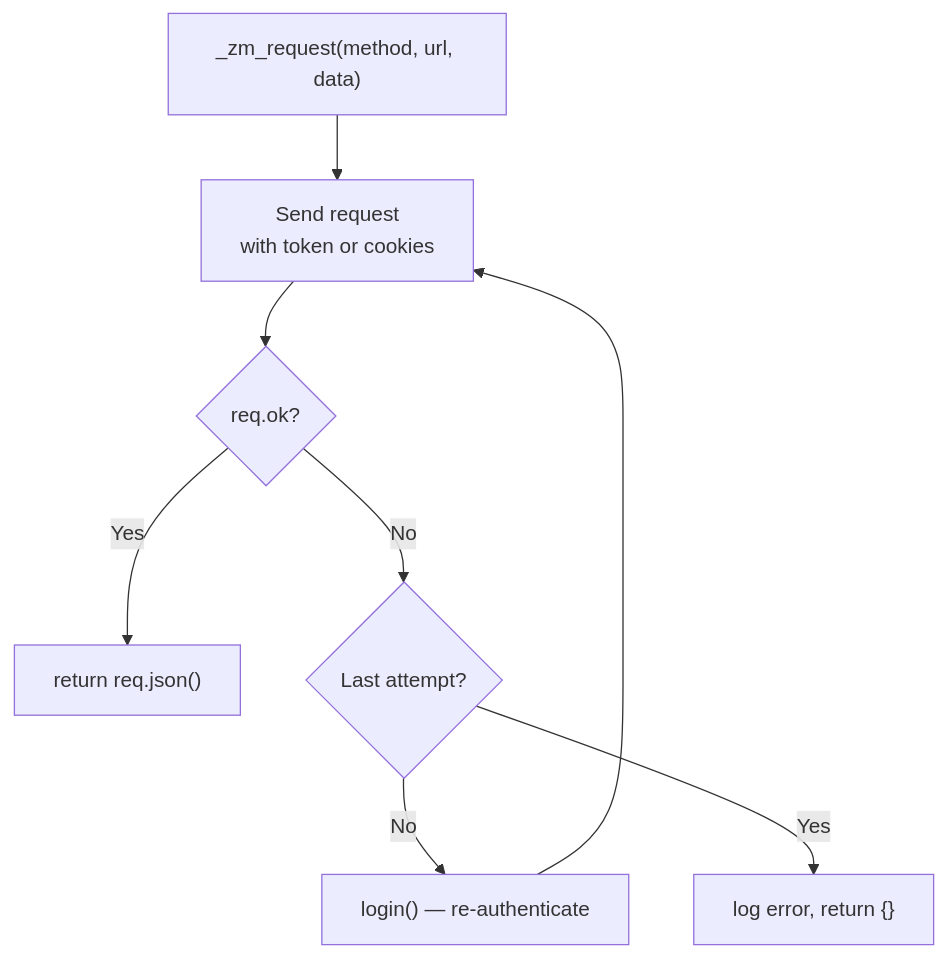
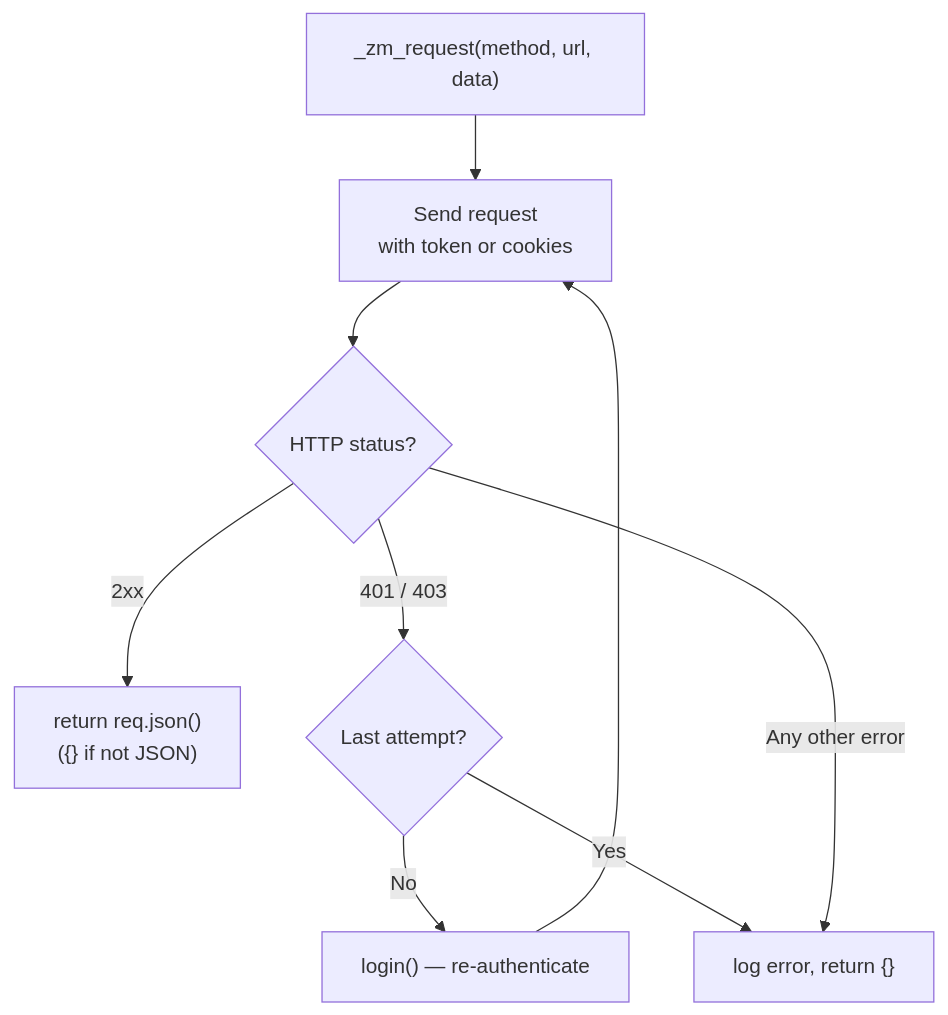
The fifth of 5 diagrams in docs/architecture.md (rohankapoorcom/zm-py), drawn with Mermaid before and after one commit. The commit also changed other lines of this file and 1 other file, not shown here.

First line of the commit message:
docs: correct JWT version and update auth flowcharts

````diff
--- a/docs/architecture.md
+++ b/docs/architecture.md
@@ -100,10 +122,11 @@
 ```mermaid
 flowchart TD
     A["_zm_request(method, url, data)"] --> B["Send request<br/>with token or cookies"]
-    B --> C{"req.ok?"}
-    C -->|Yes| D["return req.json()"]
-    C -->|No| E{"Last attempt?"}
+    B --> C{"HTTP status?"}
+    C -->|2xx| D["return req.json()<br/>({} if not JSON)"]
+    C -->|"401 / 403"| E{"Last attempt?"}
     E -->|No| F["login() — re-authenticate"]
     F --> B
     E -->|Yes| G["log error, return {}"]
+    C -->|"Any other error"| G
 ```
````
